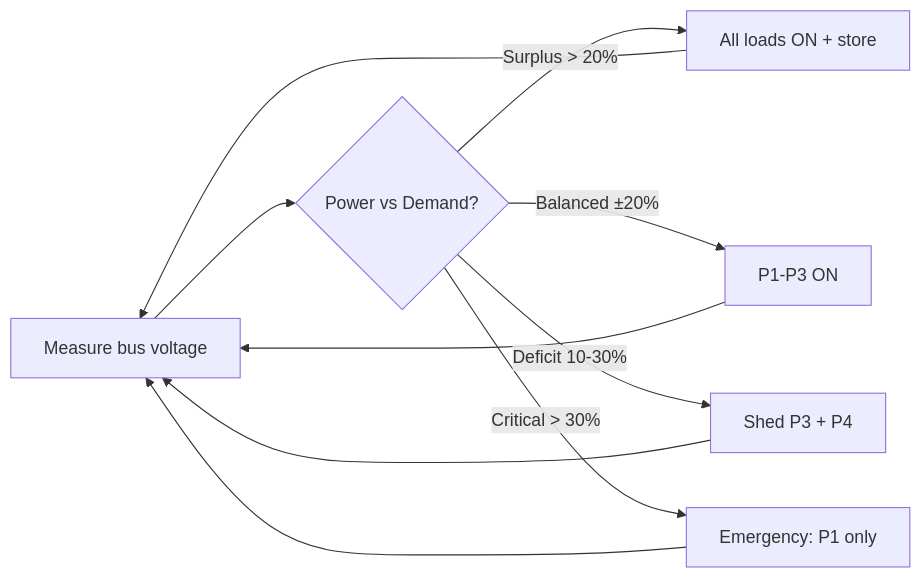
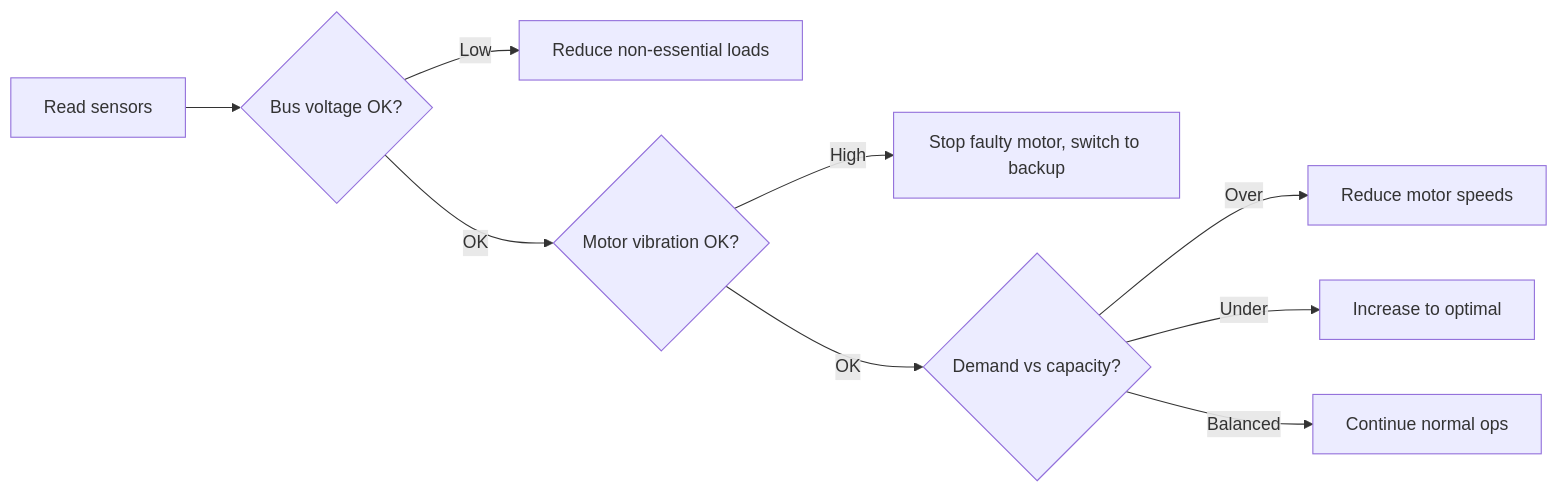
One commit to doyun-gu/hack-a-bot-2026 changed the third of 11 diagrams in docs/gridbox-proposal.md. Above: the diagram before and after it, drawn with Mermaid. The commit also changed other lines of this file, not shown here.

First line of the commit message:
Revise GridBox: power input assumed, motors as actuators

````diff
--- a/docs/gridbox-proposal.md
+++ b/docs/gridbox-proposal.md
@@ -126,12 +106,11 @@
 ```mermaid
 flowchart LR
-    MEASURE[Measure bus voltage] --> COMPARE{Power vs Demand?}
-    COMPARE -->|Surplus > 20%| ALL_ON[All loads ON + store]
-    COMPARE -->|Balanced ±20%| NORMAL[P1-P3 ON]
-    COMPARE -->|Deficit 10-30%| SHED1[Shed P3 + P4]
-    COMPARE -->|Critical > 30%| SHED2[Emergency: P1 only]
-    ALL_ON --> MEASURE
-    NORMAL --> MEASURE
-    SHED1 --> MEASURE
-    SHED2 --> MEASURE
+    READ[Read sensors] --> V{Bus voltage OK?}
+    V -->|Low| SHED[Reduce non-essential loads]
+    V -->|OK| VIB{Motor vibration OK?}
+    VIB -->|High| FAULT[Stop faulty motor, switch to backup]
+    VIB -->|OK| DEMAND{Demand vs capacity?}
+    DEMAND -->|Over| SLOW[Reduce motor speeds]
+    DEMAND -->|Under| RAMP[Increase to optimal]
+    DEMAND -->|Balanced| NORMAL[Continue normal ops]
 ```
````
